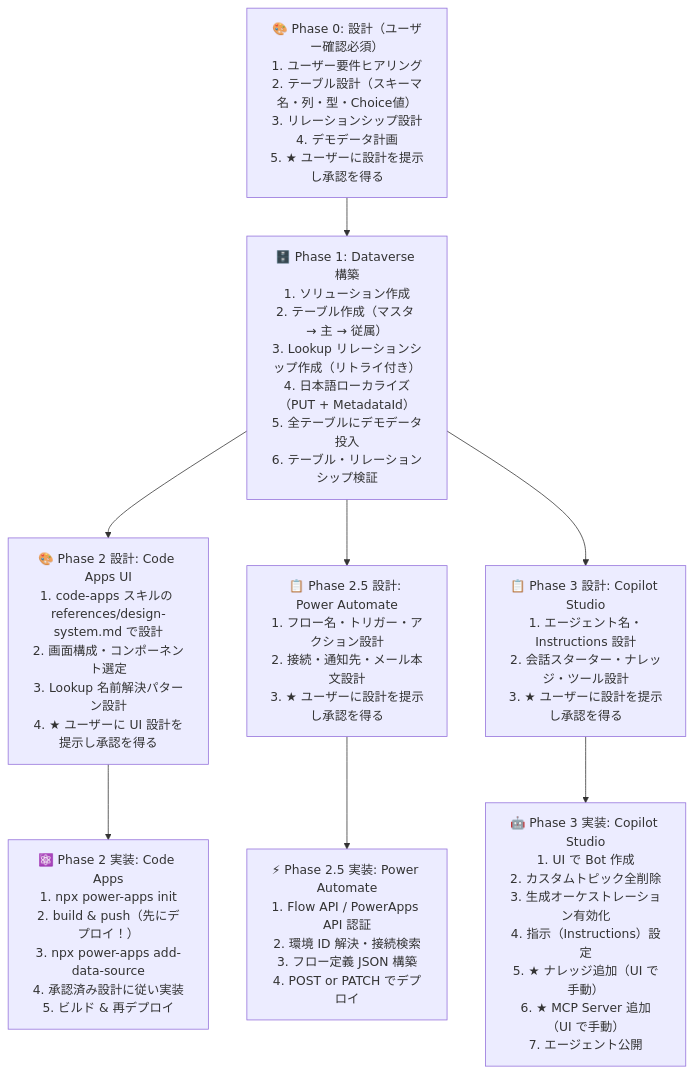
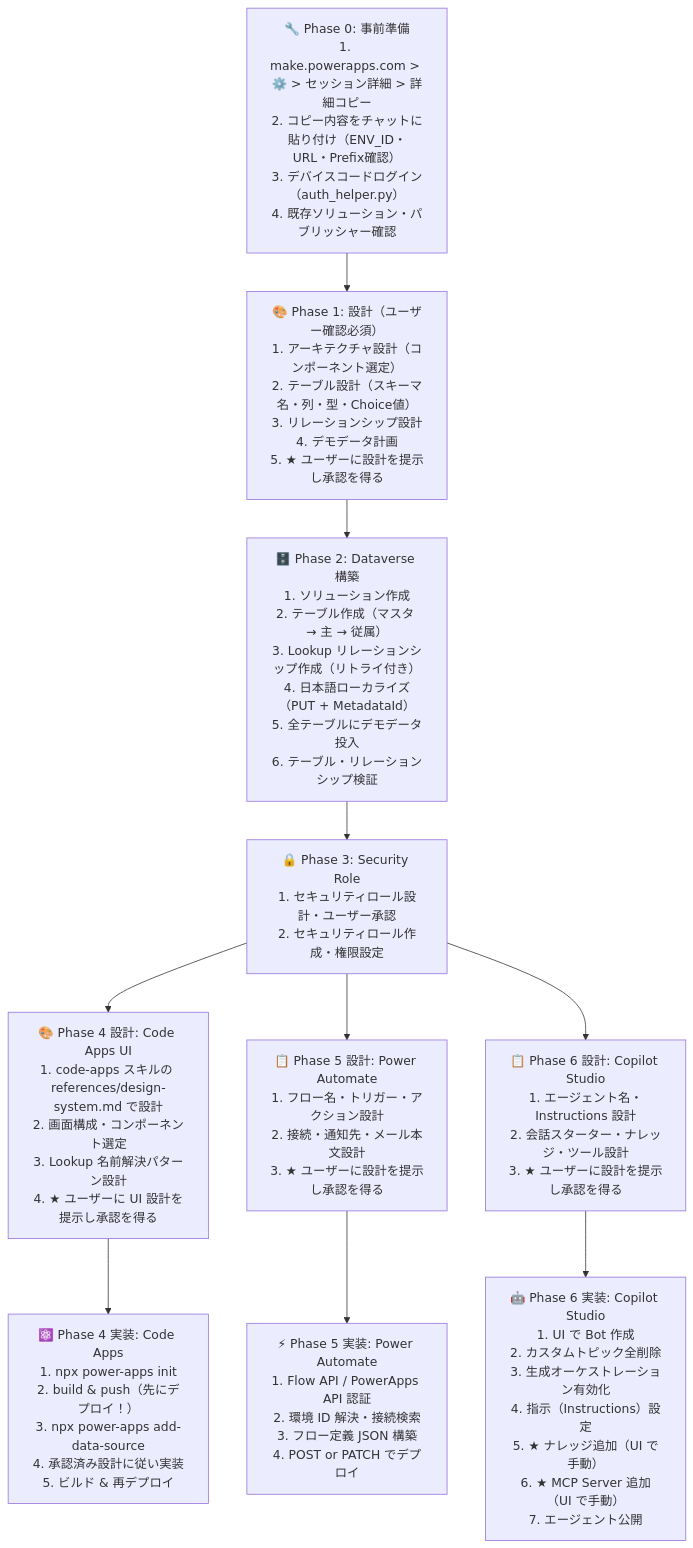
One commit to geekfujiwara/CodeAppsDevelopmentStandard changed the diagram in .github/skills/standard/references/power-platform-development-standard.md. Above: the diagram before and after it, drawn with Mermaid. The commit also changed other lines of this file and 3 other files, not shown here.

First line of the commit message:
renumber phases to integers and add Phase 0 env prep

````diff
--- a/.github/skills/standard/references/power-platform-development-standard.md
+++ b/.github/skills/standard/references/power-platform-development-standard.md
@@ -1449,23 +1449,27 @@
 ```mermaid
 flowchart TD
-    P0["🎨 Phase 0: 設計（ユーザー確認必須）\n1. ユーザー要件ヒアリング\n2. テーブル設計（スキーマ名・列・型・Choice値）\n3. リレーションシップ設計\n4. デモデータ計画\n5. ★ ユーザーに設計を提示し承認を得る"]
+    P0["🔧 Phase 0: 事前準備\n1. make.powerapps.com > ⚙️ > セッション詳細 > 詳細コピー\n2. コピー内容をチャットに貼り付け（ENV_ID・URL・Prefix確認）\n3. デバイスコードログイン（auth_helper.py）\n4. 既存ソリューション・パブリッシャー確認"]
 
-    P1["🗄️ Phase 1: Dataverse 構築\n1. ソリューション作成\n2. テーブル作成（マスタ → 主 → 従属）\n3. Lookup リレーションシップ作成（リトライ付き）\n4. 日本語ローカライズ（PUT + MetadataId）\n5. 全テーブルにデモデータ投入\n6. テーブル・リレーションシップ検証"]
+    P1["🎨 Phase 1: 設計（ユーザー確認必須）\n1. アーキテクチャ設計（コンポーネント選定）\n2. テーブル設計（スキーマ名・列・型・Choice値）\n3. リレーションシップ設計\n4. デモデータ計画\n5. ★ ユーザーに設計を提示し承認を得る"]
 
-    P2D["🎨 Phase 2 設計: Code Apps UI\n1. code-apps スキルの references/design-system.md で設計\n2. 画面構成・コンポーネント選定\n3. Lookup 名前解決パターン設計\n4. ★ ユーザーに UI 設計を提示し承認を得る"]
+    P2["🗄️ Phase 2: Dataverse 構築\n1. ソリューション作成\n2. テーブル作成（マスタ → 主 → 従属）\n3. Lookup リレーションシップ作成（リトライ付き）\n4. 日本語ローカライズ（PUT + MetadataId）\n5. 全テーブルにデモデータ投入\n6. テーブル・リレーションシップ検証"]
 
-    P2["⚛️ Phase 2 実装: Code Apps\n1. npx power-apps init\n2. build & push（先にデプロイ！）\n3. npx power-apps add-data-source\n4. 承認済み設計に従い実装\n5. ビルド & 再デプロイ"]
+    P3["🔒 Phase 3: Security Role\n1. セキュリティロール設計・ユーザー承認\n2. セキュリティロール作成・権限設定"]
 
-    P25D["📋 Phase 2.5 設計: Power Automate\n1. フロー名・トリガー・アクション設計\n2. 接続・通知先・メール本文設計\n3. ★ ユーザーに設計を提示し承認を得る"]
+    P4D["🎨 Phase 4 設計: Code Apps UI\n1. code-apps スキルの references/design-system.md で設計\n2. 画面構成・コンポーネント選定\n3. Lookup 名前解決パターン設計\n4. ★ ユーザーに UI 設計を提示し承認を得る"]
 
-    P25["⚡ Phase 2.5 実装: Power Automate\n1. Flow API / PowerApps API 認証\n2. 環境 ID 解決・接続検索\n3. フロー定義 JSON 構築\n4. POST or PATCH でデプロイ"]
+    P4["⚛️ Phase 4 実装: Code Apps\n1. npx power-apps init\n2. build & push（先にデプロイ！）\n3. npx power-apps add-data-source\n4. 承認済み設計に従い実装\n5. ビルド & 再デプロイ"]
 
-    P3D["📋 Phase 3 設計: Copilot Studio\n1. エージェント名・Instructions 設計\n2. 会話スターター・ナレッジ・ツール設計\n3. ★ ユーザーに設計を提示し承認を得る"]
+    P5D["📋 Phase 5 設計: Power Automate\n1. フロー名・トリガー・アクション設計\n2. 接続・通知先・メール本文設計\n3. ★ ユーザーに設計を提示し承認を得る"]
 
-    P3["🤖 Phase 3 実装: Copilot Studio\n1. UI で Bot 作成\n2. カスタムトピック全削除\n3. 生成オーケストレーション有効化\n4. 指示（Instructions）設定\n5. ★ ナレッジ追加（UI で手動）\n6. ★ MCP Server 追加（UI で手動）\n7. エージェント公開"]
+    P5["⚡ Phase 5 実装: Power Automate\n1. Flow API / PowerApps API 認証\n2. 環境 ID 解決・接続検索\n3. フロー定義 JSON 構築\n4. POST or PATCH でデプロイ"]
 
-    P0 --> P1
-    P1 --> P2D --> P2
-    P1 --> P25D --> P25
-    P1 --> P3D --> P3
+    P6D["📋 Phase 6 設計: Copilot Studio\n1. エージェント名・Instructions 設計\n2. 会話スターター・ナレッジ・ツール設計\n3. ★ ユーザーに設計を提示し承認を得る"]
+
+    P6["🤖 Phase 6 実装: Copilot Studio\n1. UI で Bot 作成\n2. カスタムトピック全削除\n3. 生成オーケストレーション有効化\n4. 指示（Instructions）設定\n5. ★ ナレッジ追加（UI で手動）\n6. ★ MCP Server 追加（UI で手動）\n7. エージェント公開"]
+
+    P0 --> P1 --> P2 --> P3
+    P3 --> P4D --> P4
+    P3 --> P5D --> P5
+    P3 --> P6D --> P6
 ```
````
